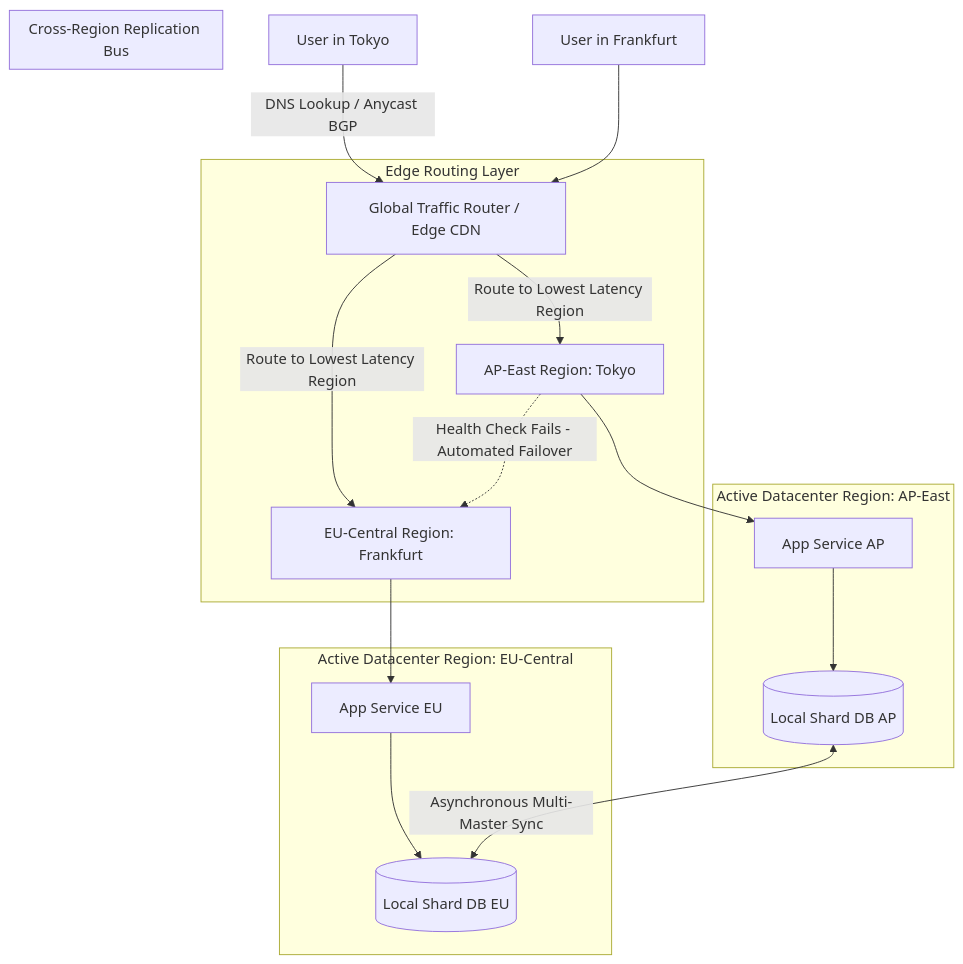
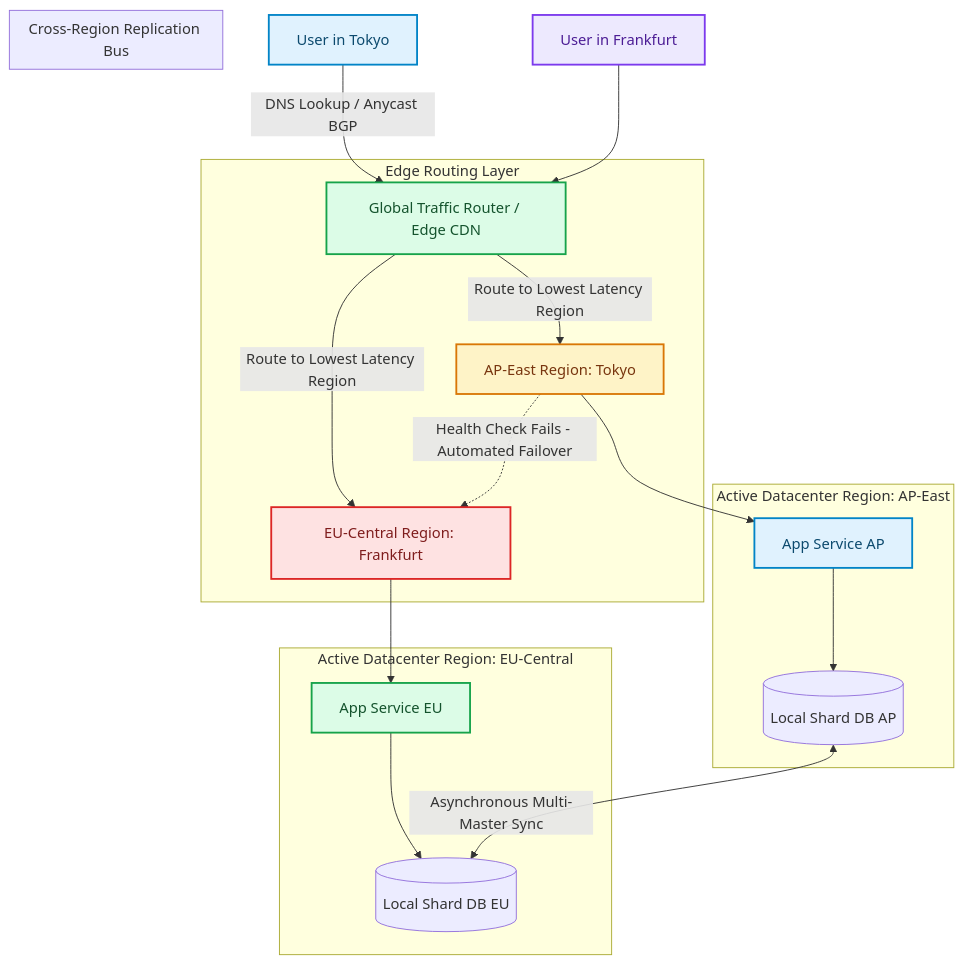
One commit to akmalkhaniub/akmalkhaniub.github.io changed the diagram in blog/posts/multi-region-active-active-deployments-global-traffic-routing.md. Above: the diagram before and after it, drawn with Mermaid. The commit also changed other lines of this file and 1291 other files, not shown here.

First line of the commit message:
feat(catalog): unique covers, scholarly references, and diagram palettes

````diff
--- a/blog/posts/multi-region-active-active-deployments-global-traffic-routing.md
+++ b/blog/posts/multi-region-active-active-deployments-global-traffic-routing.md
@@ -17,26 +17,37 @@
 ```mermaid
 flowchart TD
-  Client1[User in Tokyo] -->|DNS Lookup / Anycast BGP| Router[Global Traffic Router / Edge CDN]
-  Client2[User in Frankfurt] --> Router
+  Client1["User in Tokyo"] -->|DNS Lookup / Anycast BGP| Router["Global Traffic Router / Edge CDN"]
+  Client2["User in Frankfurt"] --> Router
   
   subgraph SG1_EdgeRoutingLayer ["Edge Routing Layer"]
-    Router -->|Route to Lowest Latency Region| RegionAP[AP-East Region: Tokyo]
-    Router -->|Route to Lowest Latency Region| RegionEU[EU-Central Region: Frankfurt]
+    Router -->|Route to Lowest Latency Region| RegionAP["AP-East Region: Tokyo"]
+    Router -->|Route to Lowest Latency Region| RegionEU["EU-Central Region: Frankfurt"]
   end
   
   subgraph SG2_ActiveDatacenterRegion ["Active Datacenter Region: AP-East"]
-    RegionAP --> AppAP[App Service AP]
+    RegionAP --> AppAP["App Service AP"]
     AppAP --> DBAP[(Local Shard DB AP)]
   end
   
   subgraph SG3_ActiveDatacenterRegion ["Active Datacenter Region: EU-Central"]
-    RegionEU --> AppEU[App Service EU]
+    RegionEU --> AppEU["App Service EU"]
     AppEU --> DBEU[(Local Shard DB EU)]
   end
   
   subgraph SG4_CrossRegionReplication ["Cross-Region Replication Bus"]
     DBAP <-->|Asynchronous Multi-Master Sync| DBEU
   end
   
   RegionAP -.->|Health Check Fails - Automated Failover| RegionEU
+
+classDef green fill:#dcfce7,stroke:#16a34a,stroke-width:2px,color:#14532d;
+classDef red fill:#fee2e2,stroke:#dc2626,stroke-width:2px,color:#7f1d1d;
+classDef blue fill:#e0f2fe,stroke:#0284c7,stroke-width:2px,color:#0c4a6e;
+classDef yellow fill:#fef3c7,stroke:#d97706,stroke-width:2px,color:#78350f;
+classDef purple fill:#ede9fe,stroke:#7c3aed,stroke-width:2px,color:#4c1d95;
+class Client1,AppAP blue
+class Router,AppEU green
+class Client2 purple
+class RegionAP yellow
+class RegionEU red
 ```
````
